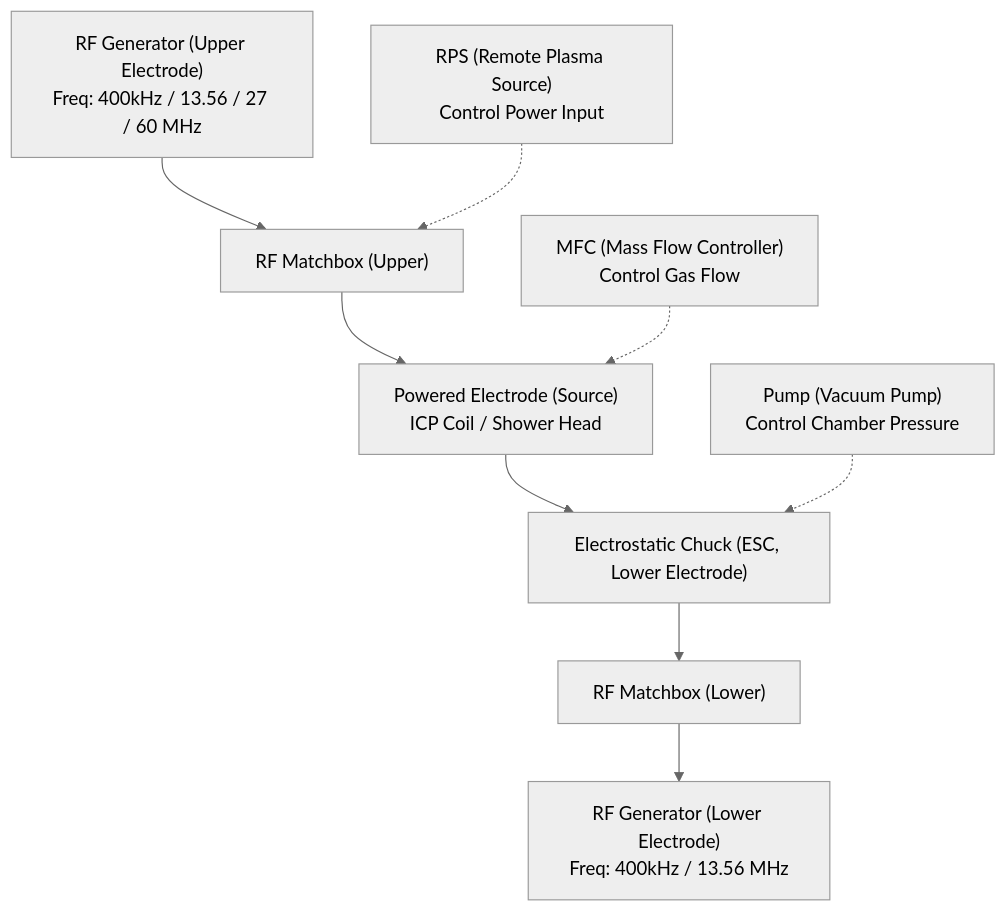
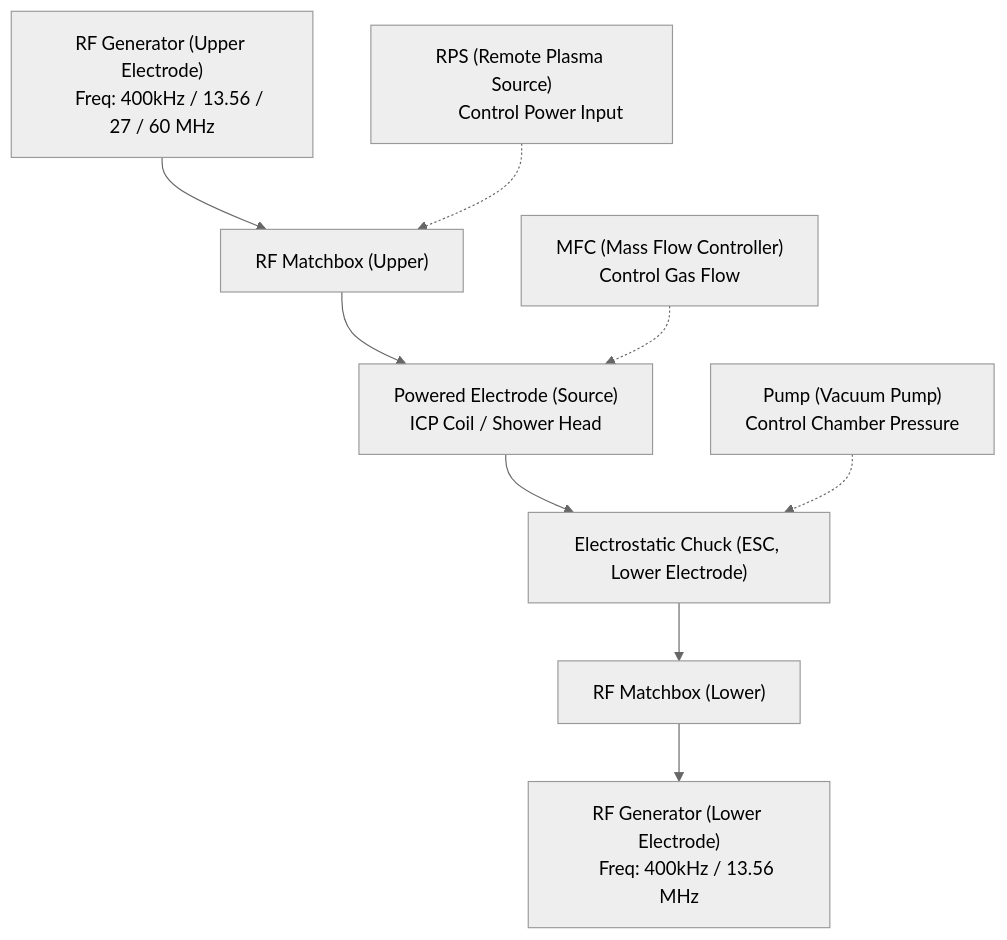
One commit to jayforedu/Seminar-I changed the first of 3 diagrams in Notes/1007/ReadME.md. Above: the diagram before and after it, drawn with Mermaid (neutral theme). The commit also changed other lines of this file, not shown here.

````diff
--- a/Notes/1007/ReadME.md
+++ b/Notes/1007/ReadME.md
@@ -8,23 +8,29 @@
 ```mermaid
 flowchart TB
     %% 上電極路徑
-    A["RF Generator (Upper Electrode)\nFreq: 400kHz / 13.56 / 27 / 60 MHz"] --> 
+    A["RF Generator (Upper Electrode)
+    Freq: 400kHz / 13.56 / 27 / 60 MHz"] --> 
     B["RF Matchbox (Upper)"] --> 
-    C["Powered Electrode (Source)\nICP Coil / Shower Head"]
+    C["Powered Electrode (Source)
+    ICP Coil / Shower Head"]
 
     %% 下電極路徑
     C --> D["Electrostatic Chuck (ESC, Lower Electrode)"]
     D --> E["RF Matchbox (Lower)"]
-    E --> F["RF Generator (Lower Electrode)\nFreq: 400kHz / 13.56 MHz"]
+    E --> F["RF Generator (Lower Electrode)
+    Freq: 400kHz / 13.56 MHz"]
 
     %% 控制系統
-    R["RPS (Remote Plasma Source)\nControl Power Input"]
-    M["MFC (Mass Flow Controller)\nControl Gas Flow"]
-    P["Pump (Vacuum Pump)\nControl Chamber Pressure"]
+    R["RPS (Remote Plasma Source)
+        Control Power Input"]
+    M["MFC (Mass Flow Controller)
+        Control Gas Flow"]
+    P["Pump (Vacuum Pump)
+        Control Chamber Pressure"]
 
     %% 連線（虛線表示旁路控制）
     R -.-> B
     M -.-> C
     P -.-> D
 
 ```
````
